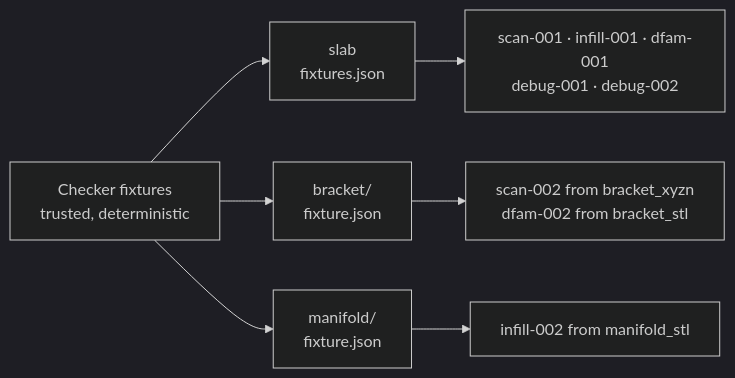
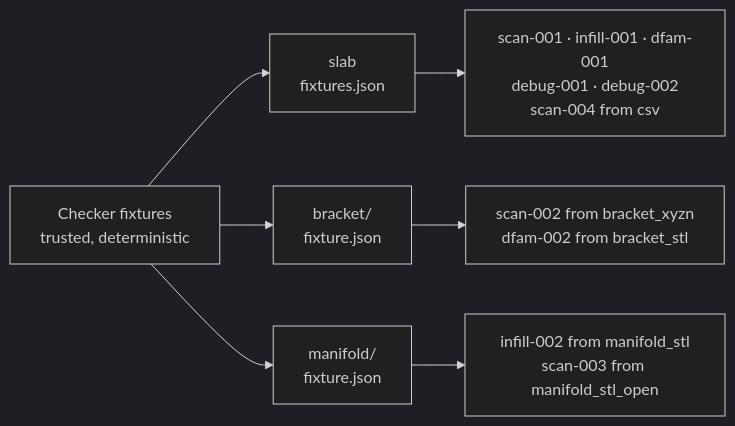
One commit to cluster2600/qwen-picogk changed the second of 2 diagrams in docs/DFAM_CODE_CORPUS.md. Above: the diagram before and after it, drawn with Mermaid (dark theme). The commit also changed other lines of this file and 3 other files, not shown here.

First line of the commit message:
Verify ten cases under dfam-strict-v3 and document scan-003 and scan-004

````diff
--- a/docs/DFAM_CODE_CORPUS.md
+++ b/docs/DFAM_CODE_CORPUS.md
@@ -90,9 +93,9 @@
 ```mermaid
 flowchart LR
     G["Checker fixtures<br/>trusted, deterministic"] --> S["slab<br/>fixtures.json"]
     G --> B["bracket/<br/>fixture.json"]
     G --> M["manifold/<br/>fixture.json"]
-    S --> C1["scan-001 · infill-001 · dfam-001<br/>debug-001 · debug-002"]
+    S --> C1["scan-001 · infill-001 · dfam-001<br/>debug-001 · debug-002<br/>scan-004 from csv"]
     B --> C2["scan-002 from bracket_xyzn<br/>dfam-002 from bracket_stl"]
-    M --> C3["infill-002 from manifold_stl"]
+    M --> C3["infill-002 from manifold_stl<br/>scan-003 from manifold_stl_open"]
 ```
````
